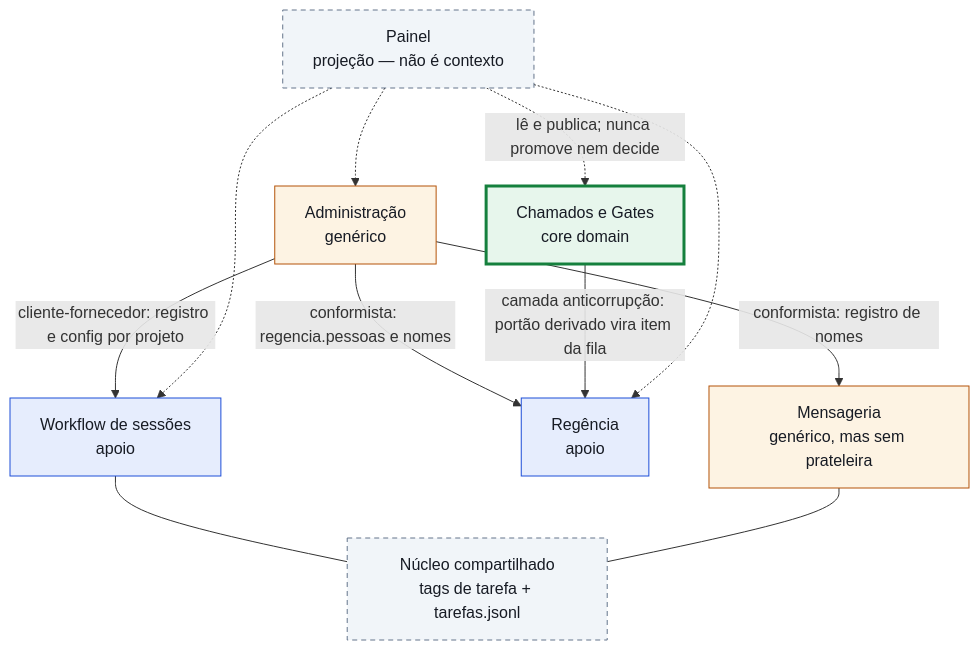
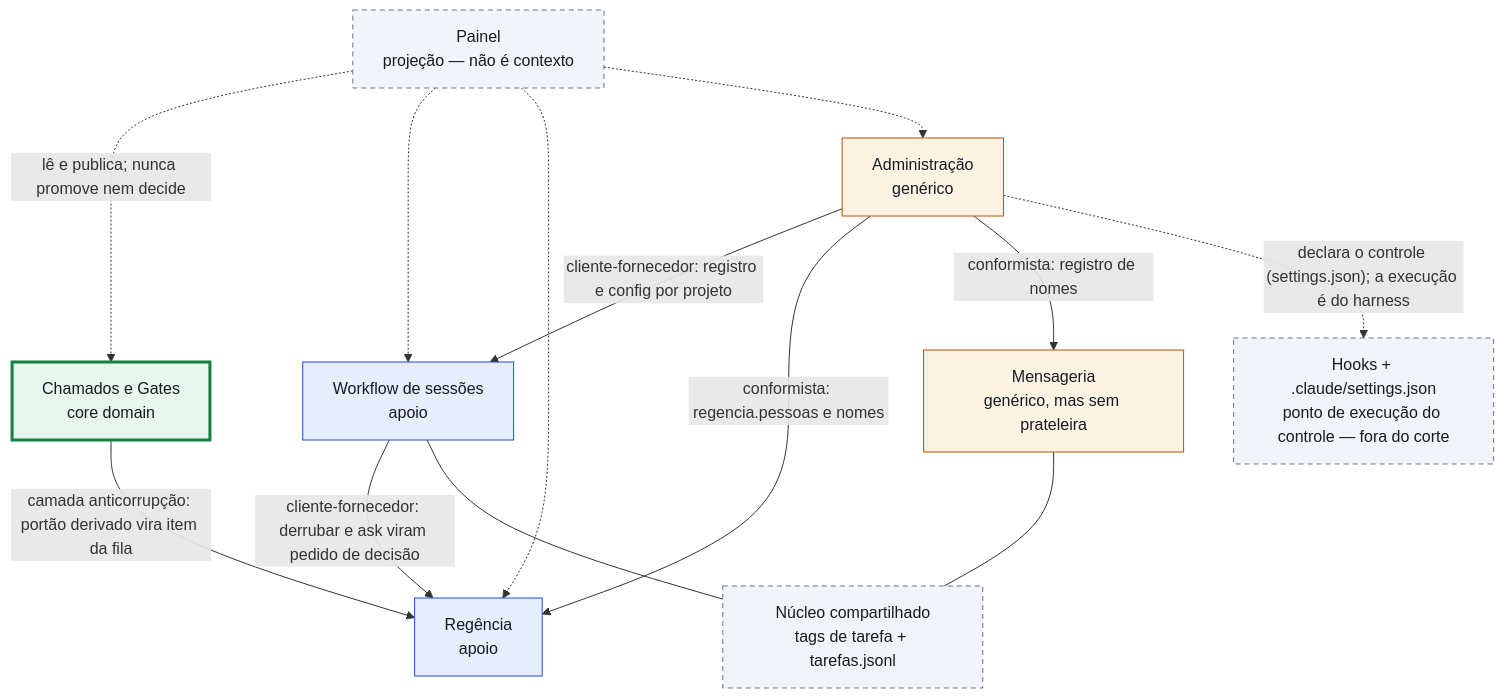
The diagram in specs/073-area-administrativa/confronto/mapa-de-contextos.md (GHDaru/maestro), drawn with Mermaid before and after one commit. The commit also changed other lines of this file and 6 other files, not shown here.

````diff
--- a/specs/073-area-administrativa/confronto/mapa-de-contextos.md
+++ b/specs/073-area-administrativa/confronto/mapa-de-contextos.md
@@ -82,26 +94,29 @@
 ```mermaid
 flowchart TD
   classDef core fill:#E7F6EC,stroke:#15803D,stroke-width:3px,color:#171B24
   classDef apoio fill:#E6EDFD,stroke:#1D4ED8,color:#171B24
   classDef generico fill:#FDF3E3,stroke:#B45309,color:#171B24
   classDef fora fill:#F1F5F9,stroke:#64748B,stroke-dasharray:5 4,color:#171B24
 
   CG["Chamados e Gates<br/>core domain"]:::core
   WG["Workflow de sessões<br/>apoio"]:::apoio
   RG["Regência<br/>apoio"]:::apoio
   AD["Administração<br/>genérico"]:::generico
   MS["Mensageria<br/>genérico, mas sem prateleira"]:::generico
   SK["Núcleo compartilhado<br/>tags de tarefa + tarefas.jsonl"]:::fora
   PA["Painel<br/>projeção — não é contexto"]:::fora
+  EX["Hooks + .claude/settings.json<br/>ponto de execução do controle — fora do corte"]:::fora
 
   AD -- "cliente-fornecedor: registro e config por projeto" --> WG
   AD -- "conformista: regencia.pessoas e nomes" --> RG
   AD -- "conformista: registro de nomes" --> MS
   CG -- "camada anticorrupção: portão derivado vira item da fila" --> RG
+  WG -- "cliente-fornecedor: derrubar e ask viram pedido de decisão" --> RG
   WG --- SK
   MS --- SK
+  AD -. "declara o controle (settings.json); a execução é do harness" .-> EX
   PA -. "lê e publica; nunca promove nem decide" .-> CG
   PA -.-> WG
   PA -.-> RG
   PA -.-> AD
 ```
````
